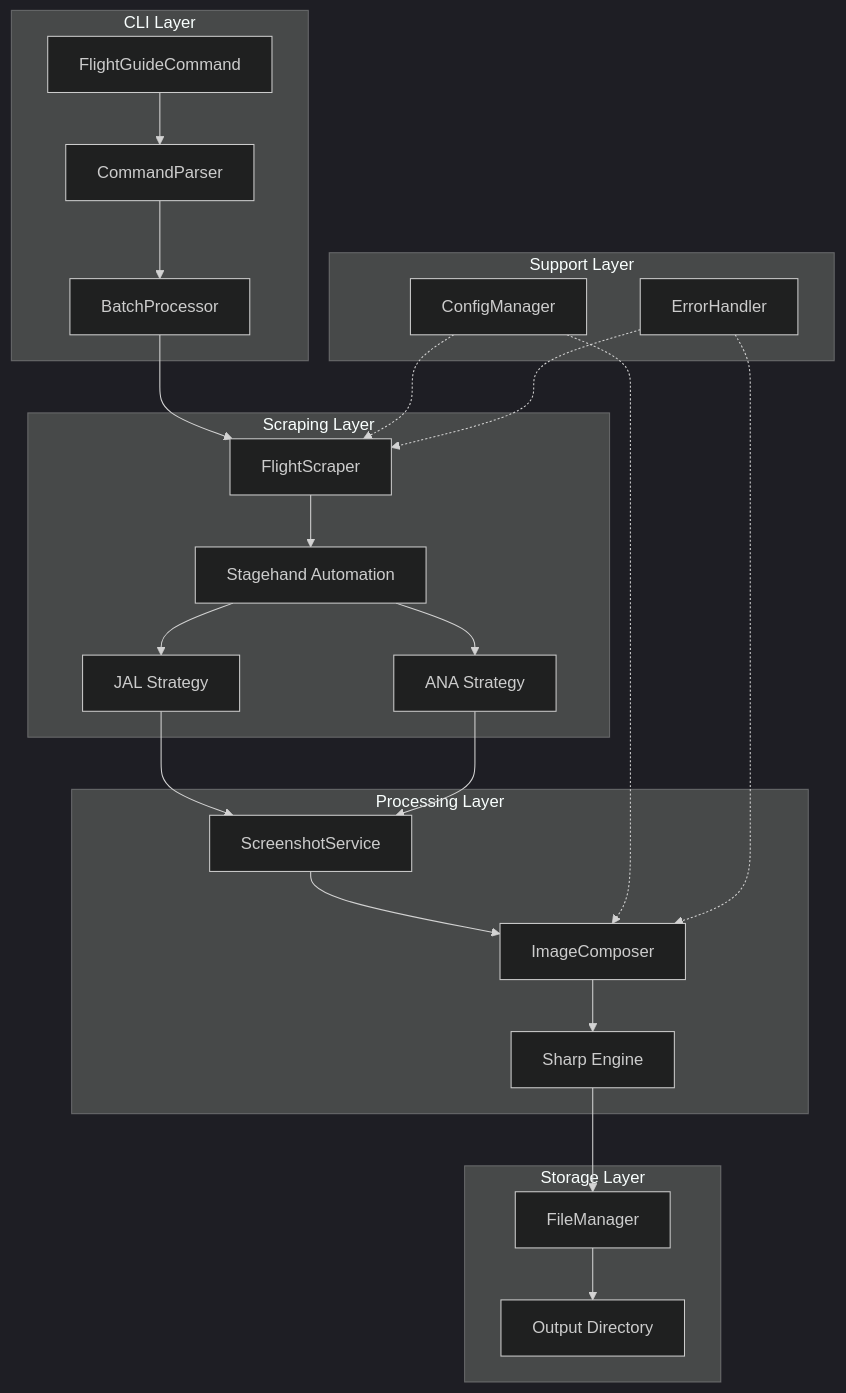
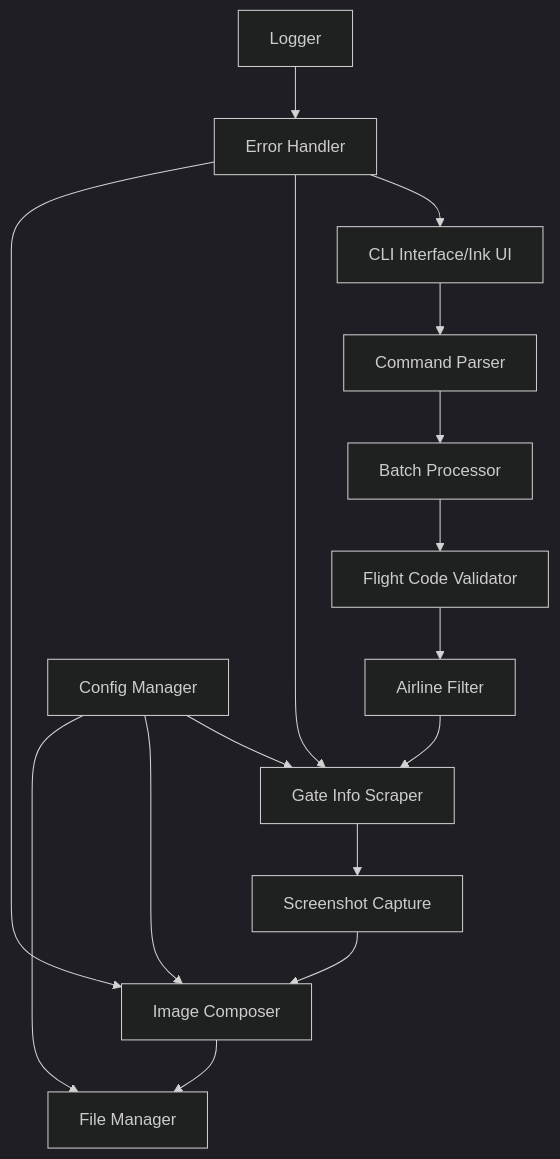
The first of 5 diagrams in .kiro/specs/flight-guide-generator/design.md (wh3at/hex), drawn with Mermaid (dark theme) before and after one commit. The commit also changed other lines of this file and 2 other files, not shown here.

First line of the commit message:
feat: flight-guide-generator の設計と実装タスクを完成

````diff
--- a/.kiro/specs/flight-guide-generator/design.md
+++ b/.kiro/specs/flight-guide-generator/design.md
@@ -38,33 +34,21 @@
 ```mermaid
 graph TB
-    subgraph "CLI Layer"
-        A[FlightGuideCommand] --> B[CommandParser]
-        B --> C[BatchProcessor]
-    end
+    A[CLI Interface/Ink UI] --> B[Command Parser]
+    B --> C[Batch Processor]
+    C --> D[Flight Code Validator]
+    D --> E[Airline Filter]
+    E --> F[Gate Info Scraper]
+    F --> G[Screenshot Capture]
+    G --> H[Image Composer]
+    H --> I[File Manager]
     
-    subgraph "Scraping Layer"
-        C --> D[FlightScraper]
-        D --> E[Stagehand Automation]
-        E --> F[JAL Strategy]
-        E --> G[ANA Strategy]
-    end
+    J[Config Manager] --> F
+    J --> H
+    J --> I
     
-    subgraph "Processing Layer"
-        F --> H[ScreenshotService]
-        G --> H
-        H --> I[ImageComposer]
-        I --> J[Sharp Engine]
-    end
+    K[Error Handler] --> A
+    K --> F
+    K --> H
     
-    subgraph "Storage Layer"
-        J --> L[FileManager]
-        L --> M[Output Directory]
-    end
-    
-    subgraph "Support Layer"
-        N[ConfigManager] -.-> D
-        N -.-> I
-        O[ErrorHandler] -.-> D
-        O -.-> I
-    end
+    L[Logger] --> K
 ```
````
